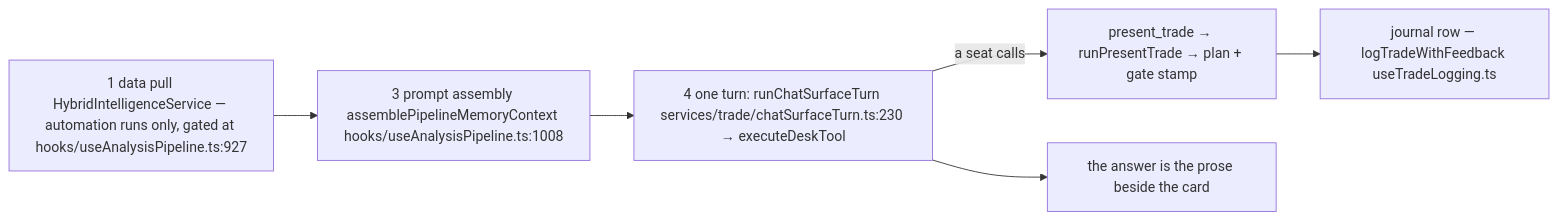
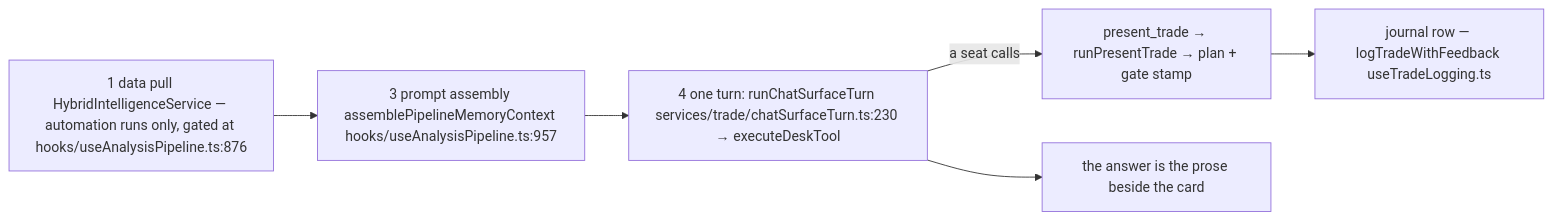
The third of 7 diagrams in docs/app-flow.md (Acepay25/august-3.5), drawn with Mermaid before and after one commit. The commit also changed other lines of this file and 82 other files, not shown here.

````diff
--- a/docs/app-flow.md
+++ b/docs/app-flow.md
@@ -173,8 +173,8 @@
 ```mermaid
 flowchart LR
-    S1["1 data pull HybridIntelligenceService — automation runs only, gated at hooks/useAnalysisPipeline.ts:927"] --> S3["3 prompt assembly assemblePipelineMemoryContext hooks/useAnalysisPipeline.ts:1008"]
+    S1["1 data pull HybridIntelligenceService — automation runs only, gated at hooks/useAnalysisPipeline.ts:876"] --> S3["3 prompt assembly assemblePipelineMemoryContext hooks/useAnalysisPipeline.ts:957"]
     S3 --> S4["4 one turn: runChatSurfaceTurn services/trade/chatSurfaceTurn.ts:230 → executeDeskTool"]
     S4 -->|a seat calls| PT["present_trade → runPresentTrade → plan + gate stamp"]
     PT --> JR["journal row — logTradeWithFeedback useTradeLogging.ts"]
     S4 --> ANS["the answer is the prose beside the card"]
 ```
````
